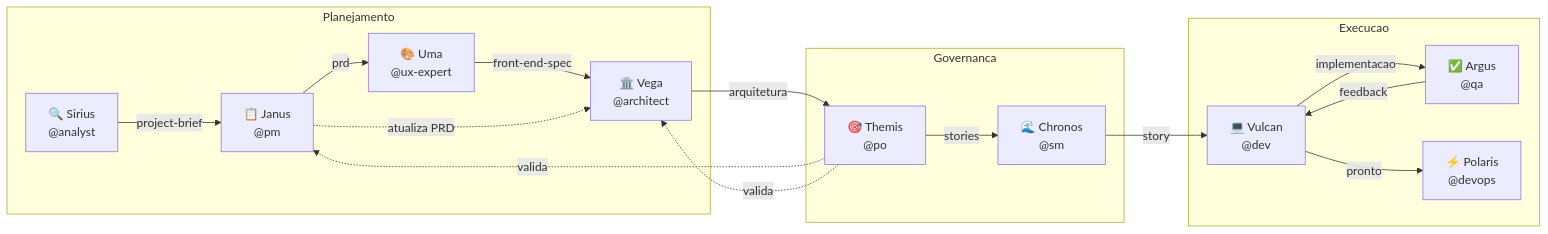
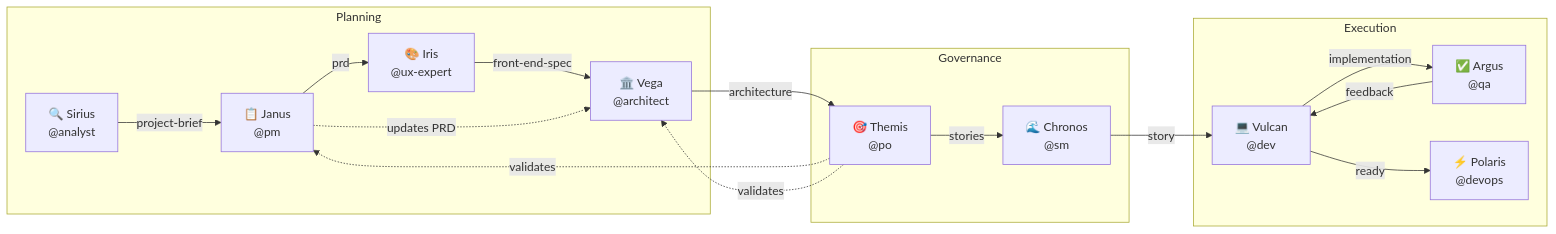
Before and after one commit to CyryxLabs/AEXOS: the seventh of 9 diagrams in docs/aexos-workflows/greenfield-fullstack-workflow.md, drawn with Mermaid. The commit also changed other lines of this file and 528 other files, not shown here.

````diff
--- a/docs/aexos-workflows/greenfield-fullstack-workflow.md
+++ b/docs/aexos-workflows/greenfield-fullstack-workflow.md
@@ -460,34 +460,34 @@
 ```mermaid
 graph LR
-    subgraph Planejamento
+    subgraph Planning
         ANALYST[🔍 Sirius<br>@analyst]
         PM[📋 Janus<br>@pm]
-        UX[🎨 Uma<br>@ux-expert]
+        UX[🎨 Iris<br>@ux-expert]
         ARCH[🏛️ Vega<br>@architect]
     end
 
-    subgraph Governanca
+    subgraph Governance
         PO[🎯 Themis<br>@po]
         SM[🌊 Chronos<br>@sm]
     end
 
-    subgraph Execucao
+    subgraph Execution
         DEV[💻 Vulcan<br>@dev]
         QA[✅ Argus<br>@qa]
         DEVOPS[⚡ Polaris<br>@devops]
     end
 
     ANALYST -->|project-brief| PM
     PM -->|prd| UX
     UX -->|front-end-spec| ARCH
-    ARCH -->|arquitetura| PO
+    ARCH -->|architecture| PO
     PO -->|stories| SM
     SM -->|story| DEV
-    DEV -->|implementacao| QA
+    DEV -->|implementation| QA
     QA -->|feedback| DEV
-    DEV -->|pronto| DEVOPS
+    DEV -->|ready| DEVOPS
 
-    PM -.->|atualiza PRD| ARCH
-    PO -.->|valida| PM
-    PO -.->|valida| ARCH
+    PM -.->|updates PRD| ARCH
+    PO -.->|validates| PM
+    PO -.->|validates| ARCH
 ```
````
